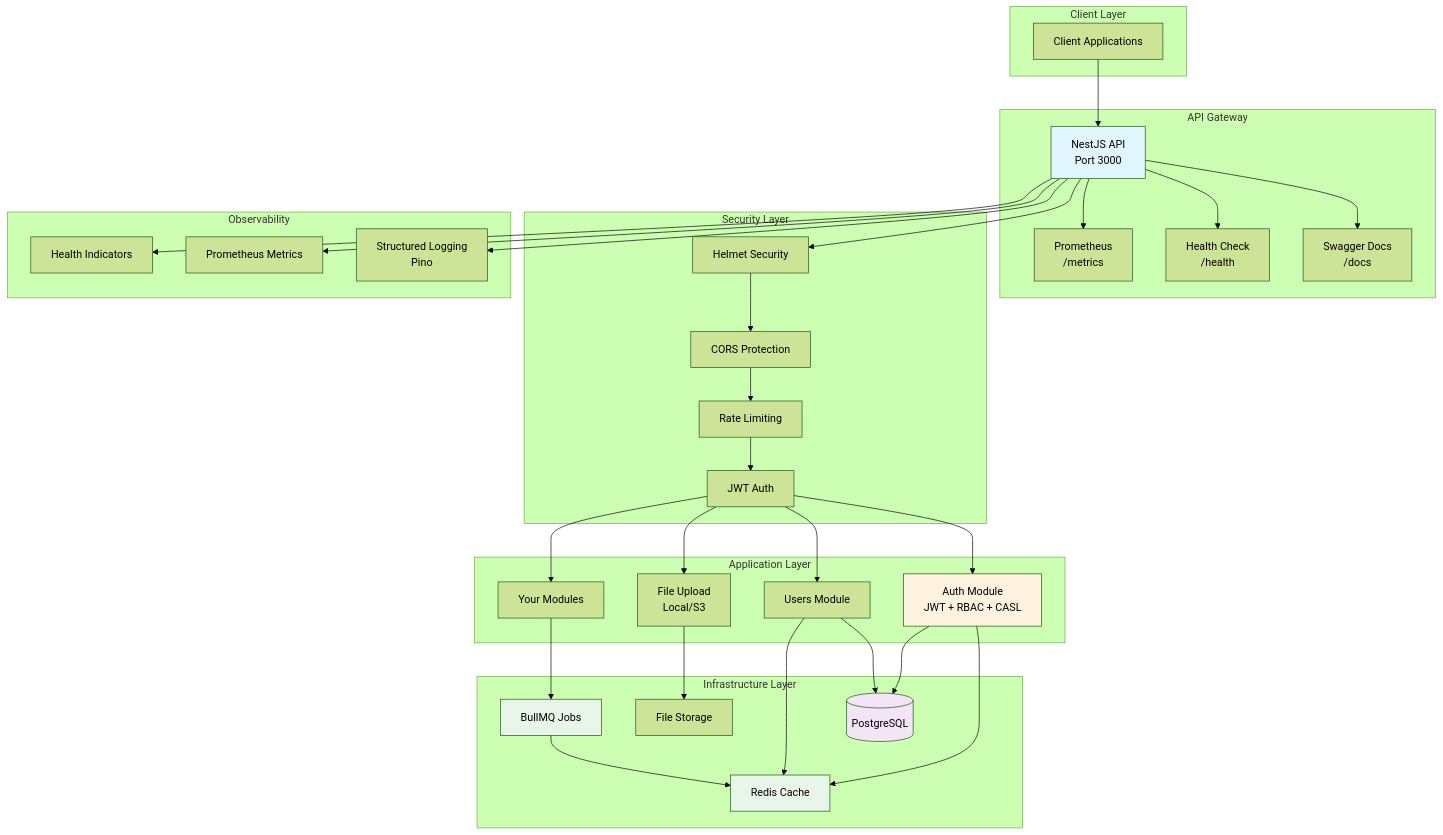
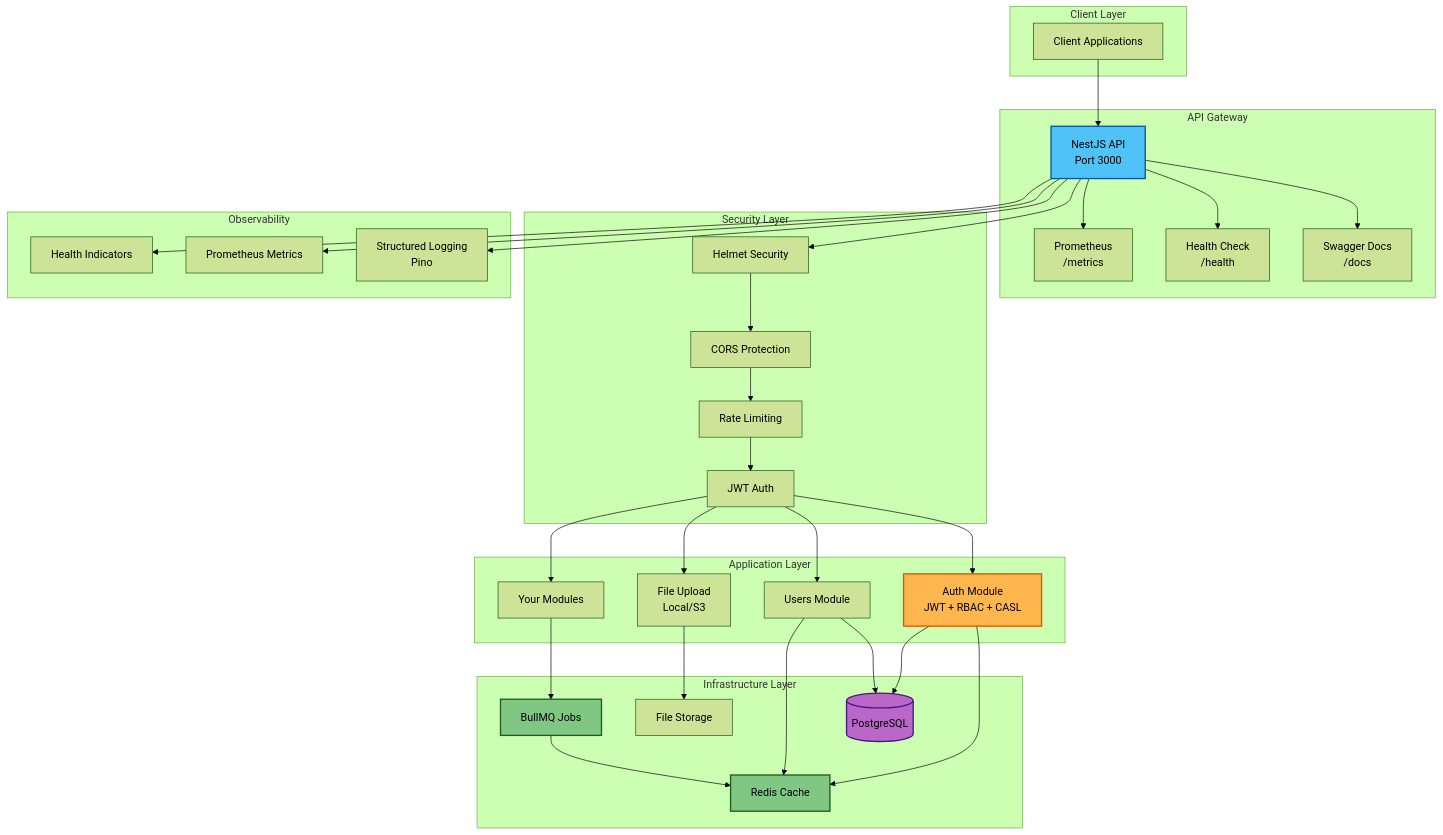
The first of 4 diagrams in README.md (kerolos-saaid/jules-noilerplate), drawn with Mermaid (forest theme) before and after one commit. The commit also changed other lines of this file, not shown here.

Commit message:
Improve README diagram colors for better contrast

````diff
--- a/README.md
+++ b/README.md
@@ -5,69 +5,69 @@
 ```mermaid
 graph TB
     subgraph "Client Layer"
         Client[Client Applications]
     end
     
     subgraph "API Gateway"
         API[NestJS API<br/>Port 3000]
         Swagger[Swagger Docs<br/>/docs]
         Health[Health Check<br/>/health]
         Metrics[Prometheus<br/>/metrics]
     end
     
     subgraph "Security Layer"
         Helmet[Helmet Security]
         CORS[CORS Protection]
         RateLimit[Rate Limiting]
         JWT[JWT Auth]
     end
     
     subgraph "Application Layer"
         Auth[Auth Module<br/>JWT + RBAC + CASL]
         Users[Users Module]
         Upload[File Upload<br/>Local/S3]
         Custom[Your Modules]
     end
     
     subgraph "Infrastructure Layer"
         Cache[Redis Cache]
         Queue[BullMQ Jobs]
         DB[(PostgreSQL)]
         Storage[File Storage]
     end
     
     subgraph "Observability"
         Logs[Structured Logging<br/>Pino]
         Monitor[Prometheus Metrics]
         HealthCheck[Health Indicators]
     end
     
     Client --> API
     API --> Swagger
     API --> Health
     API --> Metrics
     API --> Helmet
     Helmet --> CORS
     CORS --> RateLimit
     RateLimit --> JWT
     JWT --> Auth
     JWT --> Users
     JWT --> Upload
     JWT --> Custom
     Auth --> Cache
     Auth --> DB
     Users --> DB
     Users --> Cache
     Custom --> Queue
     Queue --> Cache
     Upload --> Storage
     API --> Logs
     API --> Monitor
     API --> HealthCheck
     
-    style API fill:#e1f5ff
-    style Auth fill:#fff3e0
-    style DB fill:#f3e5f5
-    style Cache fill:#e8f5e9
-    style Queue fill:#e8f5e9
+    style API fill:#4fc3f7,stroke:#01579b,stroke-width:2px,color:#000
+    style Auth fill:#ffb74d,stroke:#e65100,stroke-width:2px,color:#000
+    style DB fill:#ba68c8,stroke:#4a148c,stroke-width:2px,color:#000
+    style Cache fill:#81c784,stroke:#1b5e20,stroke-width:2px,color:#000
+    style Queue fill:#81c784,stroke:#1b5e20,stroke-width:2px,color:#000
 ```
````
